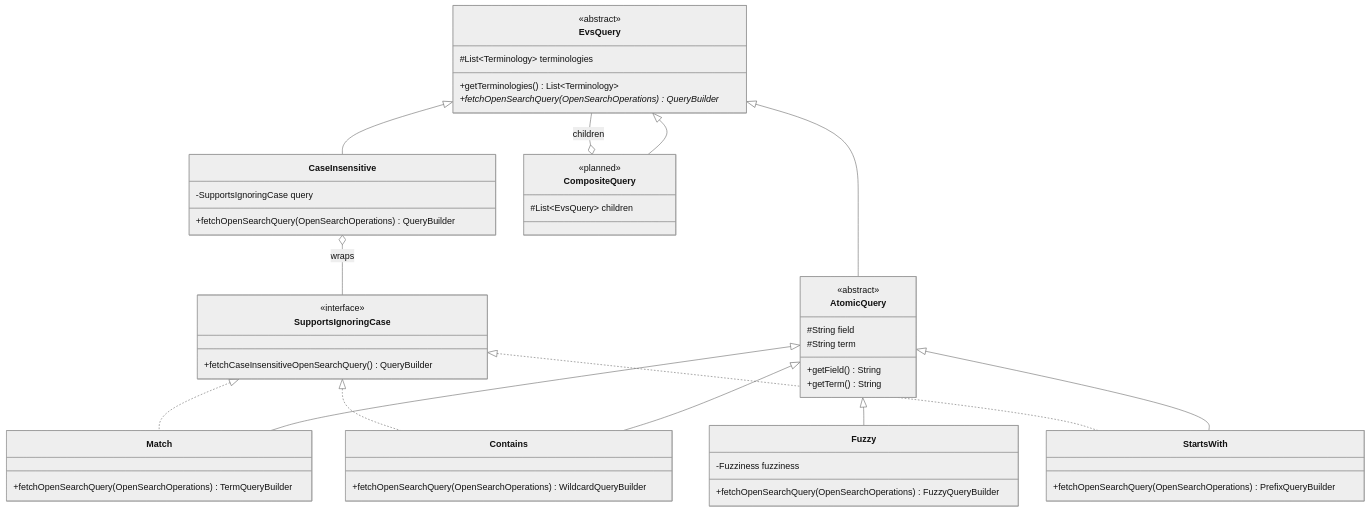
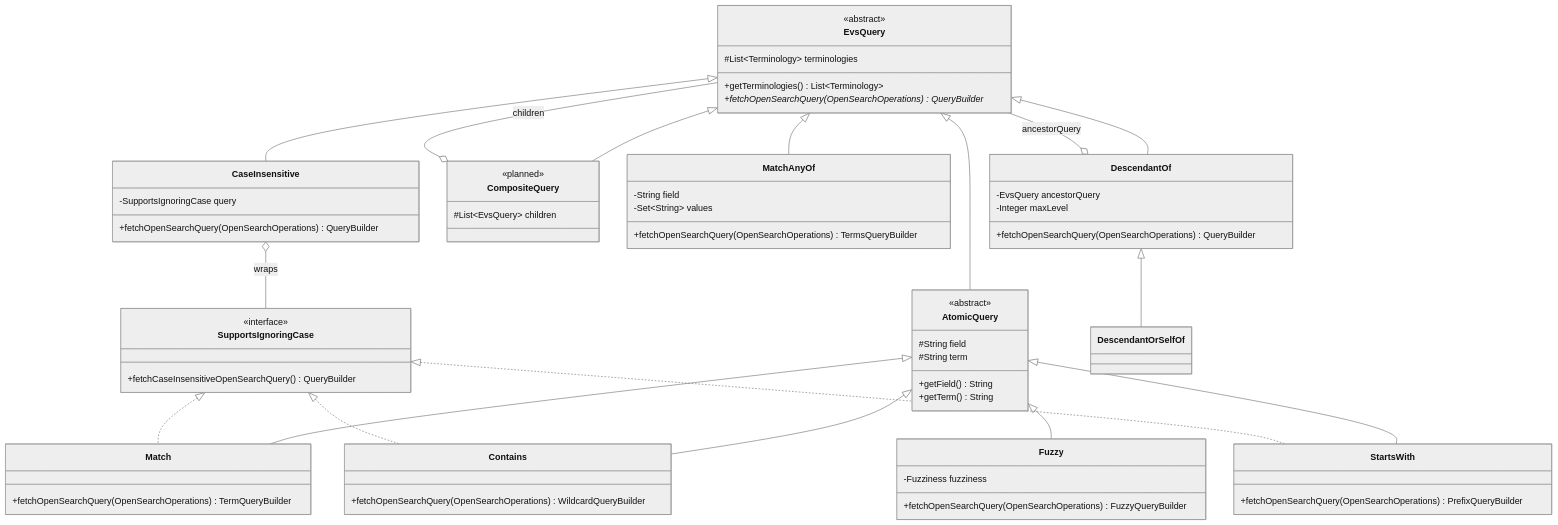
One commit to WestCoastInformatics/evsrestapi changed the diagram in src/main/java/gov/nih/nci/evs/api/query/README.md. Above: the diagram before and after it, drawn with Mermaid (neutral theme). The commit also changed other lines of this file and 5 other files, not shown here.

First line of the commit message:
Add DescendantOf and DescendantOrSelfOf query nodes

````diff
--- a/src/main/java/gov/nih/nci/evs/api/query/README.md
+++ b/src/main/java/gov/nih/nci/evs/api/query/README.md
@@ -35,61 +35,78 @@
 ```mermaid
 classDiagram
     direction TB
 
     class EvsQuery {
         <<abstract>>
         #List~Terminology~ terminologies
         +getTerminologies() List~Terminology~
         +fetchOpenSearchQuery(OpenSearchOperations)* QueryBuilder
     }
 
     class AtomicQuery {
         <<abstract>>
         #String field
         #String term
         +getField() String
         +getTerm() String
     }
 
     class SupportsIgnoringCase {
         <<interface>>
         +fetchCaseInsensitiveOpenSearchQuery() QueryBuilder
     }
 
     class CaseInsensitive {
         -SupportsIgnoringCase query
         +fetchOpenSearchQuery(OpenSearchOperations) QueryBuilder
     }
 
     class Match {
         +fetchOpenSearchQuery(OpenSearchOperations) TermQueryBuilder
     }
     class Contains {
         +fetchOpenSearchQuery(OpenSearchOperations) WildcardQueryBuilder
     }
     class StartsWith {
         +fetchOpenSearchQuery(OpenSearchOperations) PrefixQueryBuilder
     }
     class Fuzzy {
         -Fuzziness fuzziness
         +fetchOpenSearchQuery(OpenSearchOperations) FuzzyQueryBuilder
     }
 
     class CompositeQuery {
         <<planned>>
         #List~EvsQuery~ children
     }
 
+    class MatchAnyOf {
+        -String field
+        -Set~String~ values
+        +fetchOpenSearchQuery(OpenSearchOperations) TermsQueryBuilder
+    }
+
+    class DescendantOf {
+        -EvsQuery ancestorQuery
+        -Integer maxLevel
+        +fetchOpenSearchQuery(OpenSearchOperations) QueryBuilder
+    }
+    class DescendantOrSelfOf
+
     EvsQuery <|-- AtomicQuery
     EvsQuery <|-- CompositeQuery
     EvsQuery <|-- CaseInsensitive
     AtomicQuery <|-- Match
     AtomicQuery <|-- Contains
     AtomicQuery <|-- StartsWith
     AtomicQuery <|-- Fuzzy
     SupportsIgnoringCase <|.. Match
     SupportsIgnoringCase <|.. Contains
     SupportsIgnoringCase <|.. StartsWith
     CompositeQuery o-- EvsQuery : children
     CaseInsensitive o-- SupportsIgnoringCase : wraps
+    EvsQuery <|-- MatchAnyOf
+    EvsQuery <|-- DescendantOf
+    DescendantOf <|-- DescendantOrSelfOf
+    DescendantOf o-- EvsQuery : ancestorQuery
 ```
````
